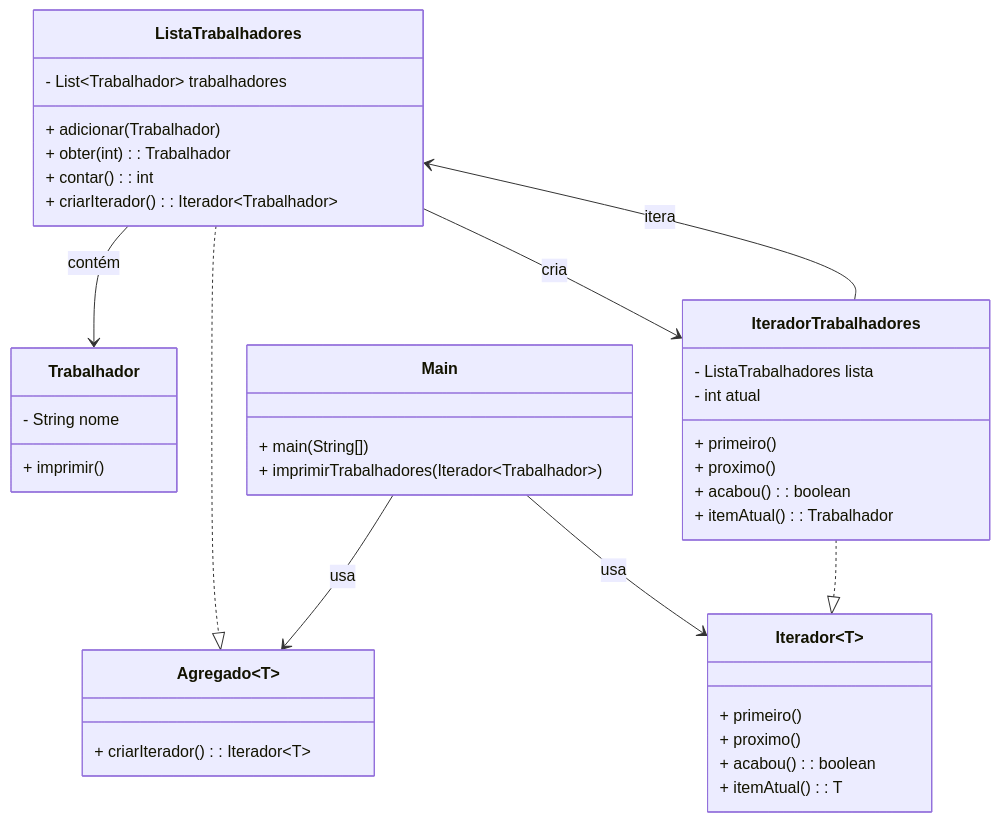
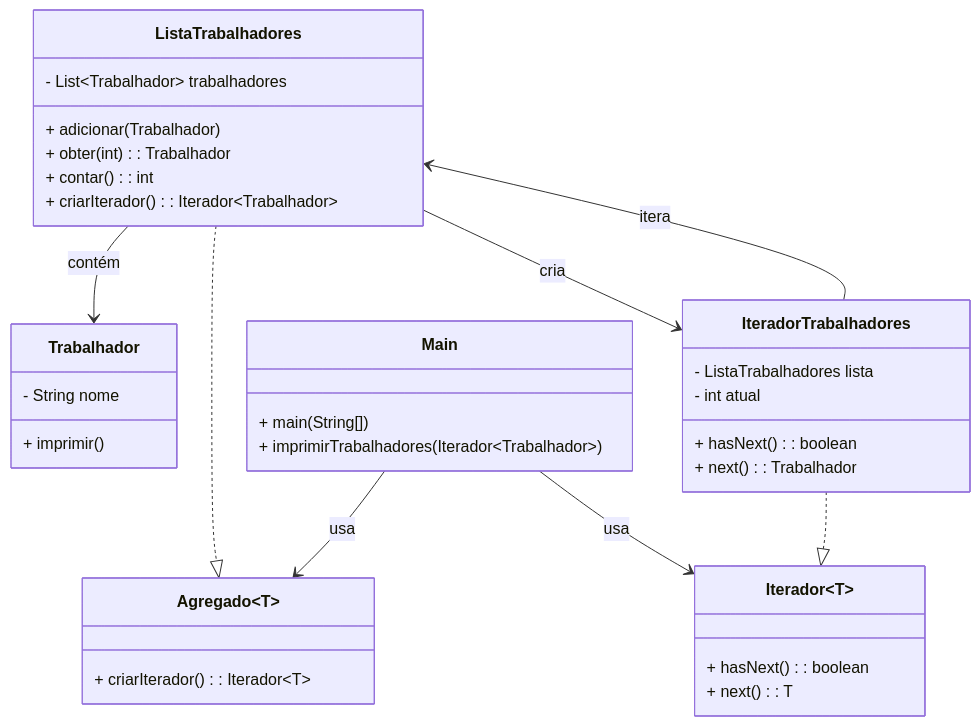
One commit to 20242-ifba-saj-ads-ppr/seminario-ppr-comportamentais-equipe4 changed the second of 2 diagrams in src/Iterator/readme.md. Above: the diagram before and after it, drawn with Mermaid. The commit also changed 1 other file, not shown here.

Commit message:
update uml

````diff
--- a/src/Iterator/readme.md
+++ b/src/Iterator/readme.md
@@ -208,50 +208,47 @@
 ``` mermaid 
 
 classDiagram
     class Iterador~T~ {
-        + primeiro()
-        + proximo()
-        + acabou(): boolean
-        + itemAtual(): T
+        + hasNext(): boolean
+        + next(): T
     }
 
     class Agregado~T~ {
         + criarIterador(): Iterador~T~
     }
 
     class Trabalhador {
         - String nome
         + imprimir()
     }
 
     class ListaTrabalhadores {
         - List~Trabalhador~ trabalhadores
         + adicionar(Trabalhador)
         + obter(int): Trabalhador
         + contar(): int
         + criarIterador(): Iterador~Trabalhador~
     }
 
     class IteradorTrabalhadores {
         - ListaTrabalhadores lista
         - int atual
-        + primeiro()
-        + proximo()
-        + acabou(): boolean
-        + itemAtual(): Trabalhador
+        + hasNext(): boolean
+        + next(): Trabalhador
     }
 
     class Main {
         + main(String[])
         + imprimirTrabalhadores(Iterador~Trabalhador~)
     }
 
     ListaTrabalhadores --> Trabalhador : contém
     ListaTrabalhadores ..|> Agregado~Trabalhador~
     IteradorTrabalhadores ..|> Iterador~Trabalhador~
     ListaTrabalhadores --> IteradorTrabalhadores : cria
     IteradorTrabalhadores --> ListaTrabalhadores : itera
     Main --> Agregado~Trabalhador~ : usa
     Main --> Iterador~Trabalhador~ : usa
 
+
 ```
````
